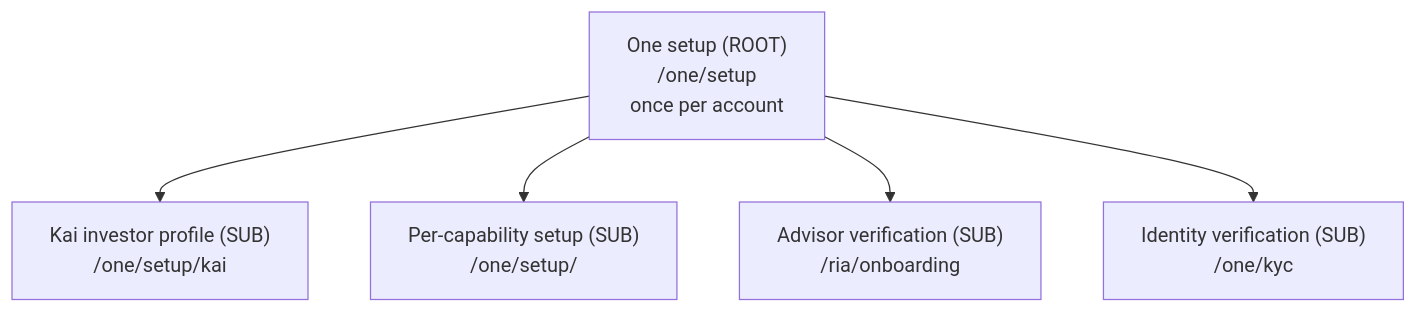
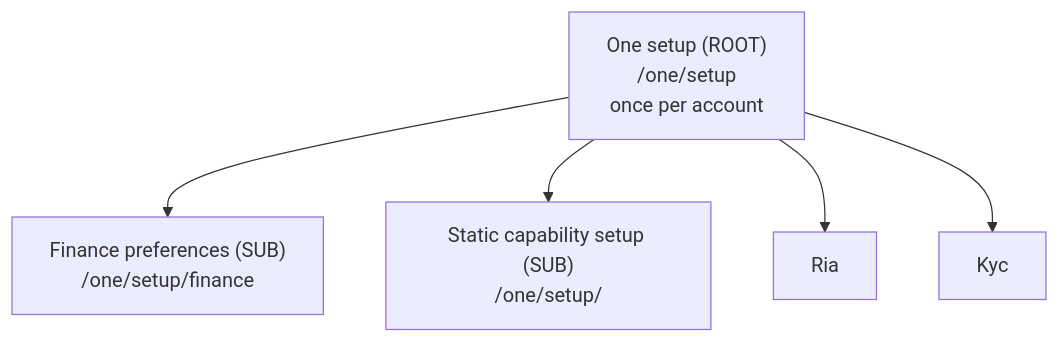
The second of 2 diagrams in docs/reference/quality/one-onboarding-architecture.md (hushh-labs/hushh-research), drawn with Mermaid before and after one commit. The commit also changed other lines of this file and 111 other files, not shown here.

Commit message:
feat(onboarding): scope capabilities to static setup routes

````diff
--- a/docs/reference/quality/one-onboarding-architecture.md
+++ b/docs/reference/quality/one-onboarding-architecture.md
@@ -82,12 +80,10 @@
 ```mermaid
 flowchart TD
   One["One setup (ROOT)\n/one/setup\nonce per account"]
-  Kai["Kai investor profile (SUB)\n/one/setup/kai"]
-  Cap["Per‑capability setup (SUB)\n/one/setup/<capability>"]
-  Ria["Advisor verification (SUB)\n/ria/onboarding"]
-  Kyc["Identity verification (SUB)\n/one/kyc"]
+  Kai["Finance preferences (SUB)\n/one/setup/finance"]
+  Cap["Static capability setup (SUB)\n/one/setup/<capability>"]
   One --> Kai
   One --> Cap
   One --> Ria
   One --> Kyc
 ```
````
